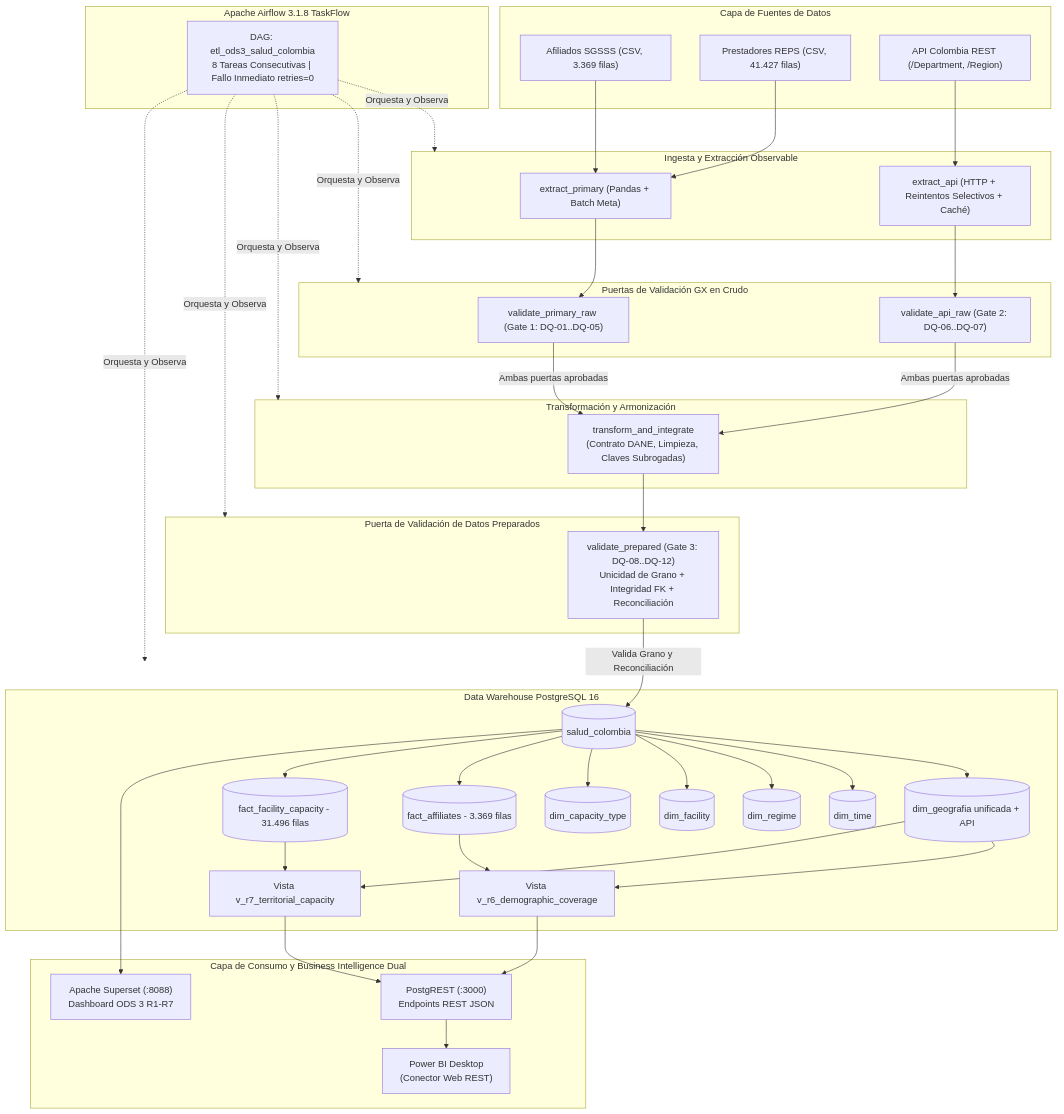
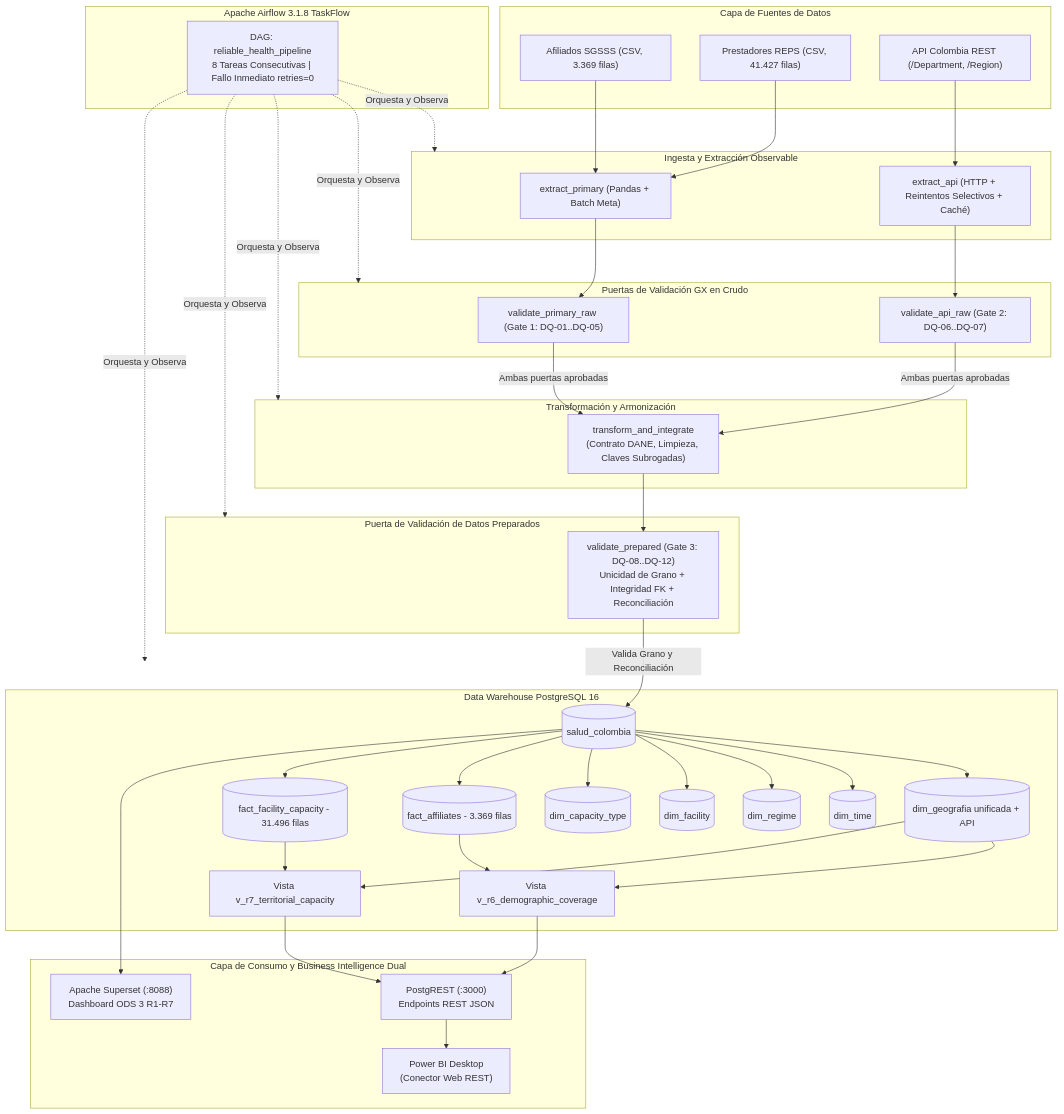
Before and after one commit to driosoft-pro/etl-2026-2-ods3-salud-api-gx-airflow: the first of 3 diagrams in README_ES.md, drawn with Mermaid. The commit also changed other lines of this file and 29 other files, not shown here.

First line of the commit message:
feat(etl): add ETL batch audit (etl_batch_log + batch_id), drop legacy DAG alias, and add/fix Superset dashboards

````diff
--- a/README_ES.md
+++ b/README_ES.md
@@ -98,61 +104,61 @@
 ```mermaid
 flowchart TD
     subgraph Sources [Capa de Fuentes de Datos]
         CSV1["Afiliados SGSSS (CSV, 3.369 filas)"]
         CSV2["Prestadores REPS (CSV, 41.427 filas)"]
         API["API Colombia REST (/Department, /Region)"]
     end
 
     subgraph Ingestion [Ingesta y Extracción Observable]
         E_PRIM["extract_primary (Pandas + Batch Meta)"]
         E_API["extract_api (HTTP + Reintentos Selectivos + Caché)"]
     end
 
     subgraph RawGates [Puertas de Validación GX en Crudo]
         GX1["validate_primary_raw (Gate 1: DQ-01..DQ-05)"]
         GX2["validate_api_raw (Gate 2: DQ-06..DQ-07)"]
     end
 
     subgraph Transform [Transformación y Armonización]
         TI["transform_and_integrate\n(Contrato DANE, Limpieza, Claves Subrogadas)"]
     end
 
     subgraph PreparedGate [Puerta de Validación de Datos Preparados]
         GX3["validate_prepared (Gate 3: DQ-08..DQ-12)\nUnicidad de Grano + Integridad FK + Reconciliación"]
     end
 
     subgraph Storage [Data Warehouse PostgreSQL 16]
         PG[(salud_colombia)]
         D_GEO[(dim_geografia unificada + API)]
         D_TIME[(dim_time)]
         D_REG[(dim_regime)]
         D_FAC[(dim_facility)]
         D_CAP[(dim_capacity_type)]
         F_AFF[(fact_affiliates - 3.369 filas)]
         F_CAP[(fact_facility_capacity - 31.496 filas)]
         V_R6[Vista v_r6_demographic_coverage]
         V_R7[Vista v_r7_territorial_capacity]
     end
 
     subgraph Orchestration [Apache Airflow 3.1.8 TaskFlow]
-        DAG["DAG: etl_ods3_salud_colombia\n8 Tareas Consecutivas | Fallo Inmediato retries=0"]
+        DAG["DAG: reliable_health_pipeline\n8 Tareas Consecutivas | Fallo Inmediato retries=0"]
     end
 
     subgraph BI [Capa de Consumo y Business Intelligence Dual]
         PGRST["PostgREST (:3000)\nEndpoints REST JSON"]
         PBI["Power BI Desktop\n(Conector Web REST)"]
         SUP["Apache Superset (:8088)\nDashboard ODS 3 R1-R7"]
     end
 
     CSV1 & CSV2 --> E_PRIM --> GX1
     API --> E_API --> GX2
     GX1 & GX2 -- Ambas puertas aprobadas --> TI
     TI --> GX3
     GX3 -- Valida Grano y Reconciliación --> PG
     PG --> D_GEO & D_TIME & D_REG & D_FAC & D_CAP & F_AFF & F_CAP
     D_GEO & F_AFF --> V_R6
     D_GEO & F_CAP --> V_R7
     V_R6 & V_R7 --> PGRST --> PBI
     PG --> SUP
     DAG -. Orquesta y Observa .-> Ingestion & RawGates & Transform & PreparedGate & Storage
 ```
````
